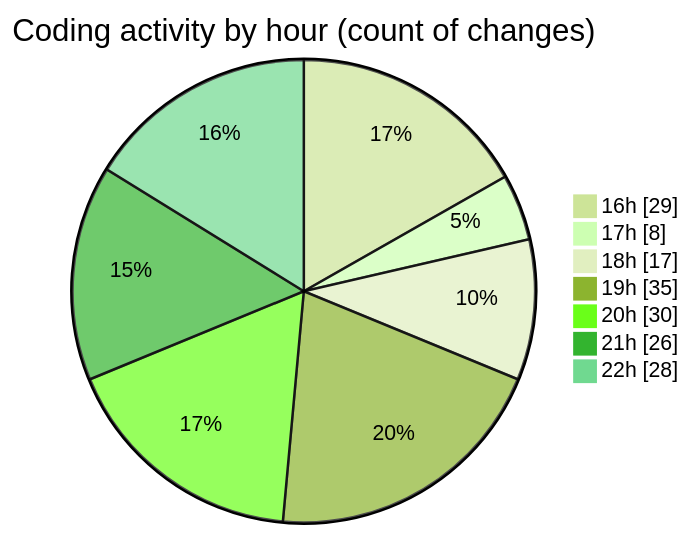
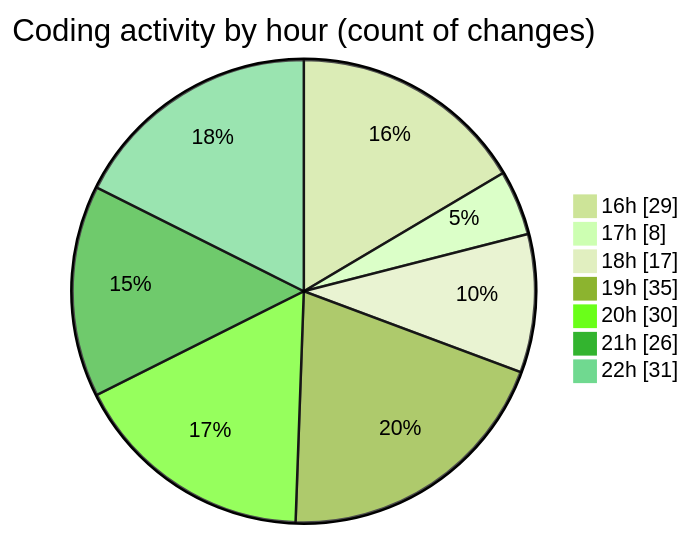
Before and after one commit to Netris89/code-tracking: the second of 2 diagrams in 2025-11-01/skintrack/README.md, drawn with Mermaid (forest theme). The commit also changed other lines of this file and 1 other file, not shown here.

````diff
--- a/2025-11-01/skintrack/README.md
+++ b/2025-11-01/skintrack/README.md
@@ -35,11 +35,11 @@
 ```mermaid
 pie showData
 title Coding activity by hour (count of changes)
 "16h" : 29
 "17h" : 8
 "18h" : 17
 "19h" : 35
 "20h" : 30
 "21h" : 26
-"22h" : 28
+"22h" : 31
 ```
````
